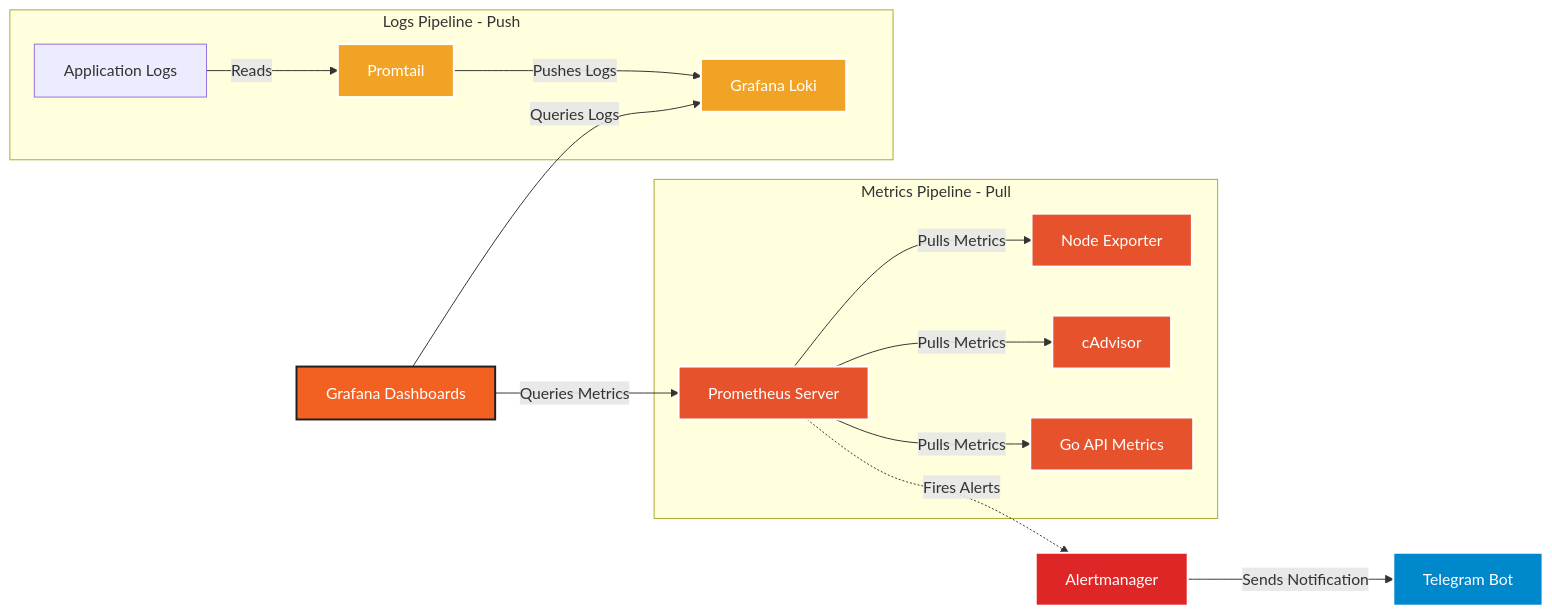
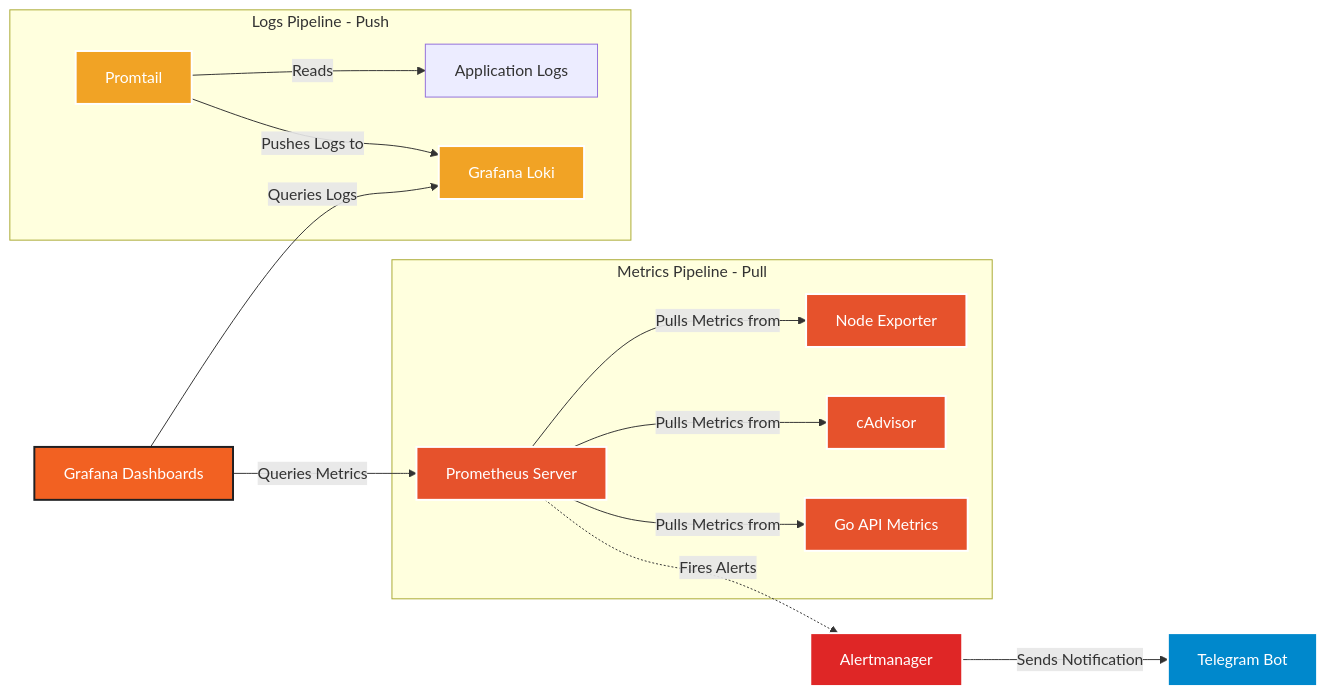
One commit to whosthefunkyy/monitoring changed the diagram in README.md. Above: the diagram before and after it, drawn with Mermaid.

````diff
--- a/README.md
+++ b/README.md
@@ -1,34 +1,34 @@
 ```mermaid
 graph LR
     %% Стилизация блоков
     classDef collector fill:#E6522C,stroke:#fff,stroke-width:2px,color:#fff;
     classDef prom fill:#E6522C,stroke:#fff,stroke-width:2px,color:#fff;
     classDef loki fill:#F1A325,stroke:#fff,stroke-width:2px,color:#fff;
     classDef grafana fill:#F26122,stroke:#fff,stroke-width:2px,color:#fff;
     classDef alert fill:#DF2626,stroke:#fff,stroke-width:2px,color:#fff;
     classDef tg fill:#0088cc,stroke:#fff,stroke-width:2px,color:#fff;
 
-    %% Пайплайн Логов (Push)
+    %% Пайплайн Логов (Стрелки указывают от активного компонента к источнику/приемнику)
     subgraph Logs_Pipeline [Logs Pipeline - Push]
-        Logs[Application Logs] -->|Reads| Tail[Promtail]:::loki
-        Tail -->|Pushes Logs| Loki[Grafana Loki]:::loki
+        Tail[Promtail]:::loki -->|Reads| Logs[Application Logs]
+        Tail -->|Pushes Logs to| Loki[Grafana Loki]:::loki
     end
 
     %% Пайплайн Метрик (Pull)
     subgraph Metrics_Pipeline [Metrics Pipeline - Pull]
-        Prom[Prometheus Server]:::prom -->|Pulls Metrics| Node[Node Exporter]:::collector
-        Prom -->|Pulls Metrics| Cadvisor[cAdvisor]:::collector
-        Prom -->|Pulls Metrics| GoAPI[Go API Metrics]:::collector
+        Prom[Prometheus Server]:::prom -->|Pulls Metrics from| Node[Node Exporter]:::collector
+        Prom -->|Pulls Metrics from| Cadvisor[cAdvisor]:::collector
+        Prom -->|Pulls Metrics from| GoAPI[Go API Metrics]:::collector
     end
 
-    %% Визуализация
+    %% Визуализация (Grafana запрашивает данные)
     Grafana[Grafana Dashboards]:::grafana -->|Queries Metrics| Prom
     Grafana -->|Queries Logs| Loki
 
-    %% Оповещения (Вынесено отдельно для правильного рендеринга без пересечений)
+    %% Оповещения
     Prom -.->|Fires Alerts| AM[Alertmanager]:::alert
     AM -->|Sends Notification| TG[Telegram Bot]:::tg
 
     %% Тонкая настройка стилей
     style Grafana fill:#F26122,stroke:#1F1F22,stroke-width:2px,color:#fff;
 ```
````
